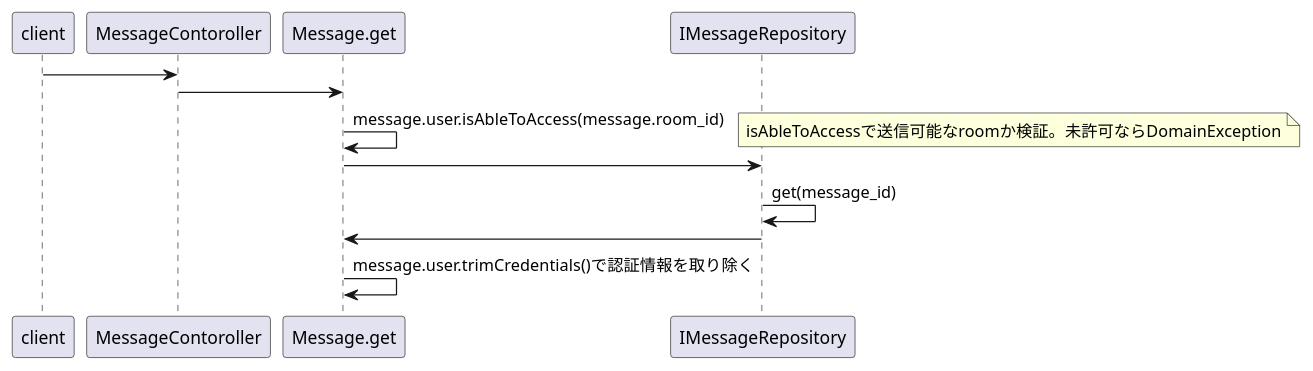
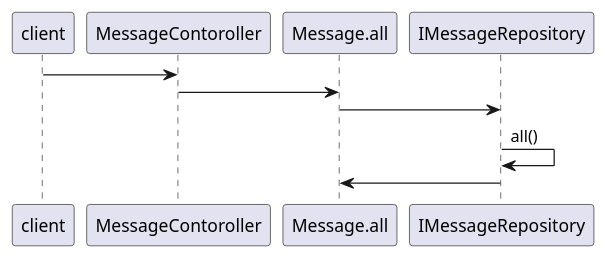
Before and after one commit to TOnodera/chatterman: the diagram in documents/plantUML/シーケンス図/メッセージ取得.wsd, drawn with PlantUML. The commit also changed 17 other files, not shown here.

```diff
--- a/documents/plantUML/シーケンス図/メッセージ取得.wsd
+++ b/documents/plantUML/シーケンス図/メッセージ取得.wsd
@@ -1,10 +1,7 @@
 @startuml
 client -> MessageContoroller
-MessageContoroller -> Message.get
-Message.get -> Message.get:message.user.isAbleToAccess(message.room_id)
-note right:isAbleToAccessで送信可能なroomか検証。未許可ならDomainException
-Message.get -> IMessageRepository
-IMessageRepository -> IMessageRepository:get(message_id)
-IMessageRepository -> Message.get
-Message.get -> Message.get: message.user.trimCredentials()で認証情報を取り除く
+MessageContoroller -> Message.all
+Message.all -> IMessageRepository
+IMessageRepository -> IMessageRepository:all()
+IMessageRepository -> Message.all
 @enduml
```
